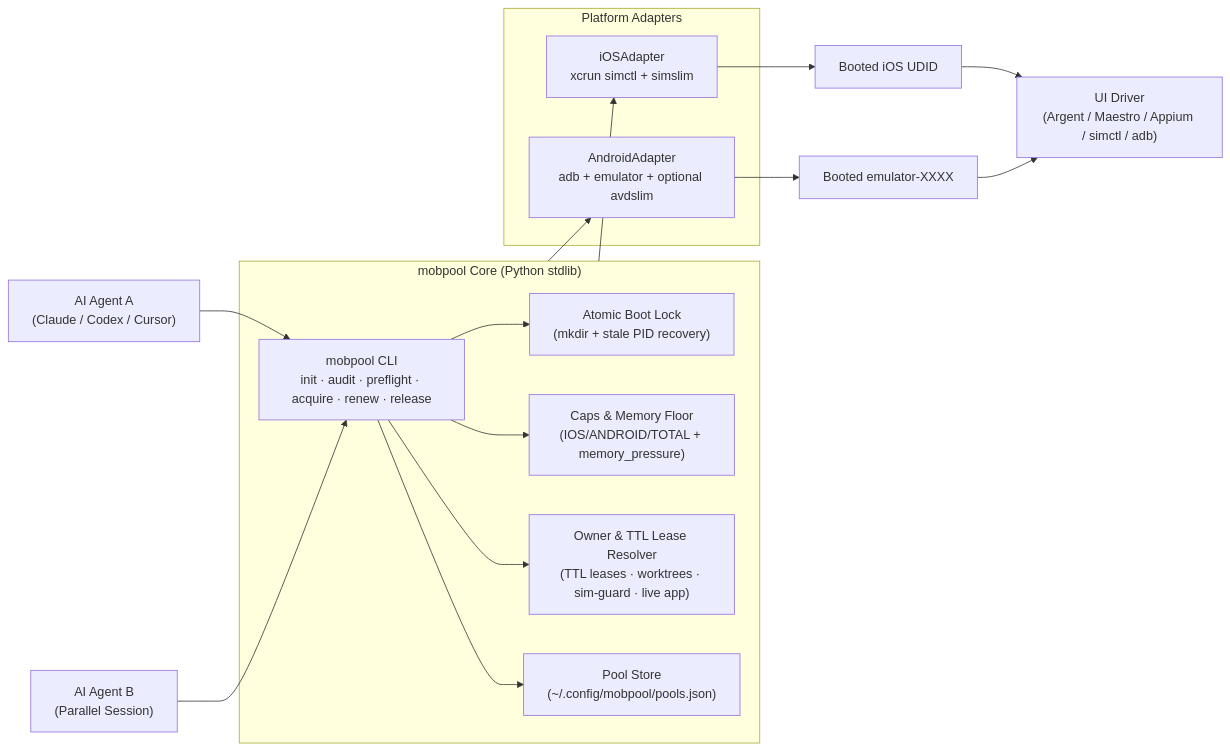
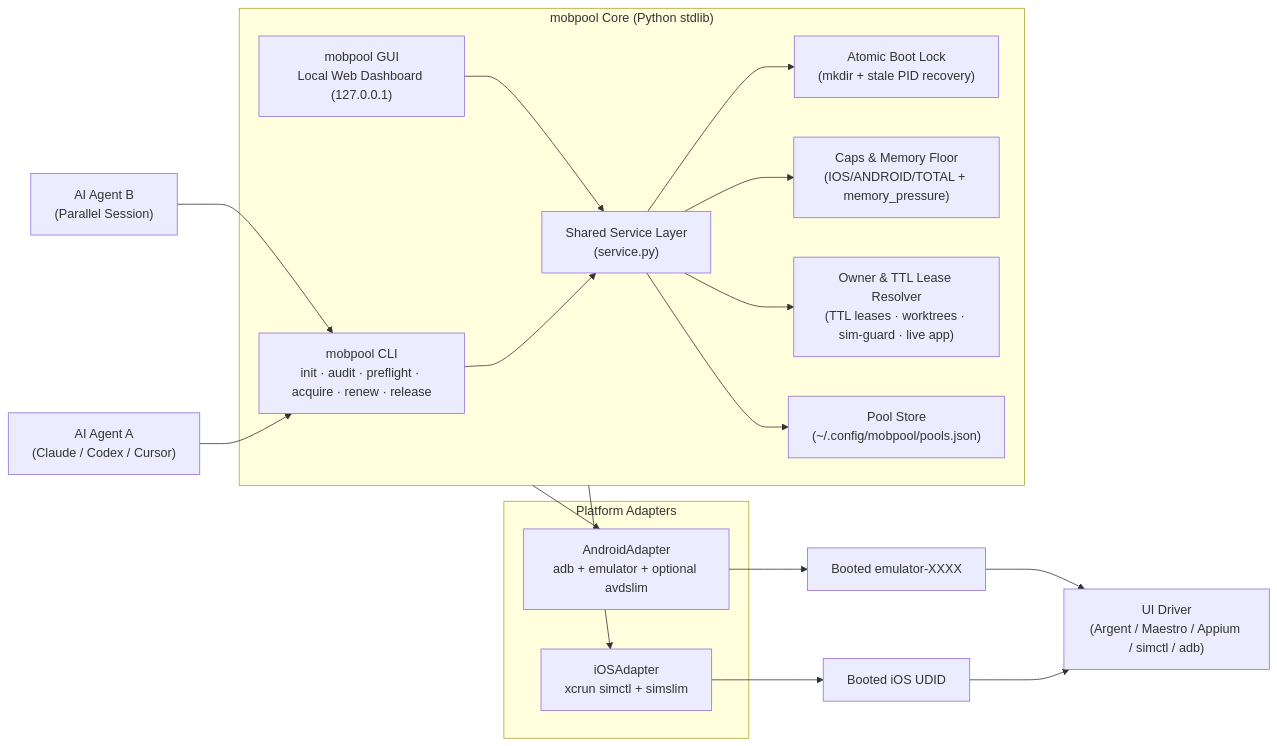
Before and after one commit to zereight/mobpool: the first of 2 diagrams in README.md, drawn with Mermaid. The commit also changed other lines of this file and 16 other files, not shown here.

Commit message:
feat: add unified local web GUI (mobpool gui) and shared service layer

````diff
--- a/README.md
+++ b/README.md
@@ -44,32 +45,36 @@
 ```mermaid
 flowchart LR
     A1["AI Agent A<br/>(Claude / Codex / Cursor)"] --> CLI
     A2["AI Agent B<br/>(Parallel Session)"] --> CLI
 
     subgraph Core["mobpool Core (Python stdlib)"]
         CLI["mobpool CLI<br/>init · audit · preflight · acquire · renew · release"]
+        GUI["mobpool GUI<br/>Local Web Dashboard (127.0.0.1)"]
+        SVC["Shared Service Layer<br/>(service.py)"]
         LOCK["Atomic Boot Lock<br/>(mkdir + stale PID recovery)"]
         GUARD["Caps & Memory Floor<br/>(IOS/ANDROID/TOTAL + memory_pressure)"]
         CLAIMS["Owner & TTL Lease Resolver<br/>(TTL leases · worktrees · sim-guard · live app)"]
         POOL["Pool Store<br/>(~/.config/mobpool/pools.json)"]
 
-        CLI --> LOCK
-        CLI --> GUARD
-        CLI --> CLAIMS
-        CLI --> POOL
+        CLI --> SVC
+        GUI --> SVC
+        SVC --> LOCK
+        SVC --> GUARD
+        SVC --> CLAIMS
+        SVC --> POOL
     end
 
     subgraph Platforms["Platform Adapters"]
         IOS["iOSAdapter<br/>xcrun simctl + simslim"]
         AND["AndroidAdapter<br/>adb + emulator + optional avdslim"]
     end
 
     Core --> IOS
     Core --> AND
 
     IOS --> ID1["Booted iOS UDID"]
     AND --> ID2["Booted emulator-XXXX"]
 
     ID1 --> UI["UI Driver<br/>(Argent / Maestro / Appium / simctl / adb)"]
     ID2 --> UI
 ```
````
